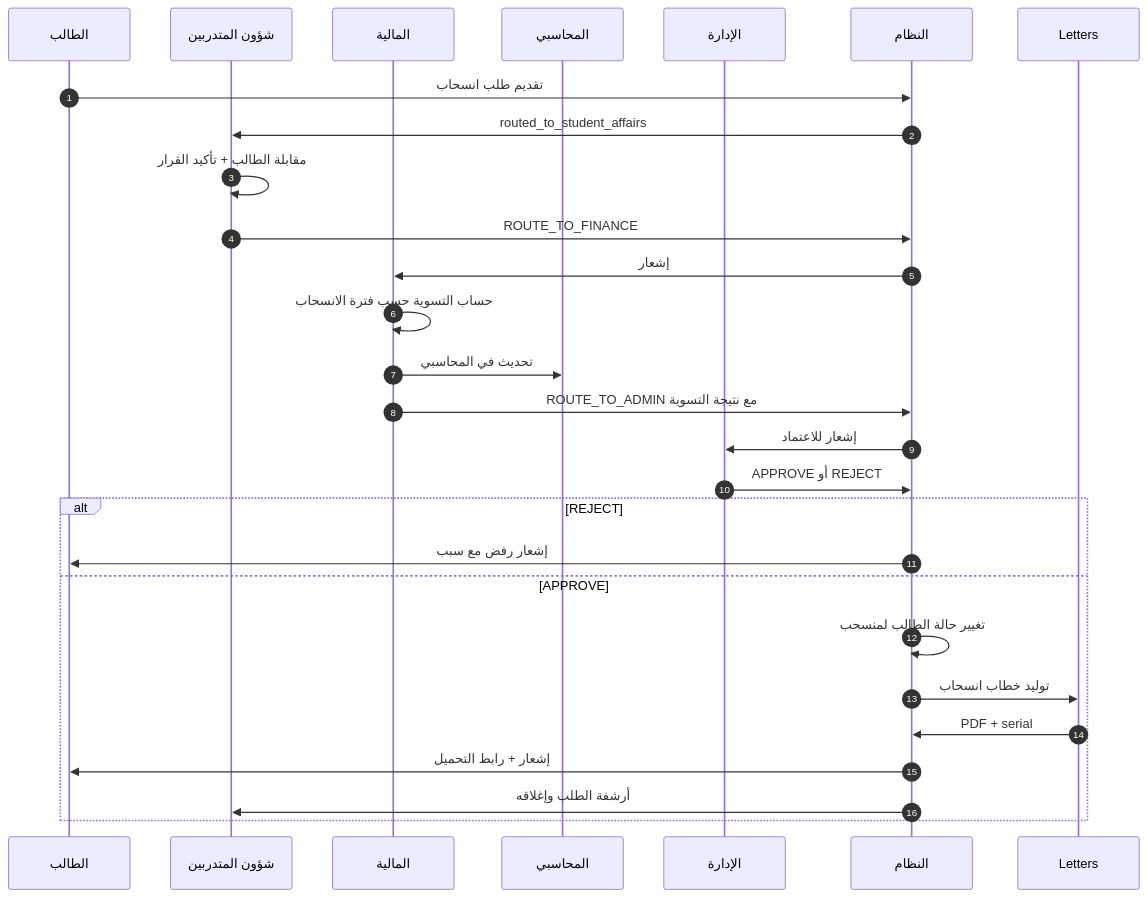
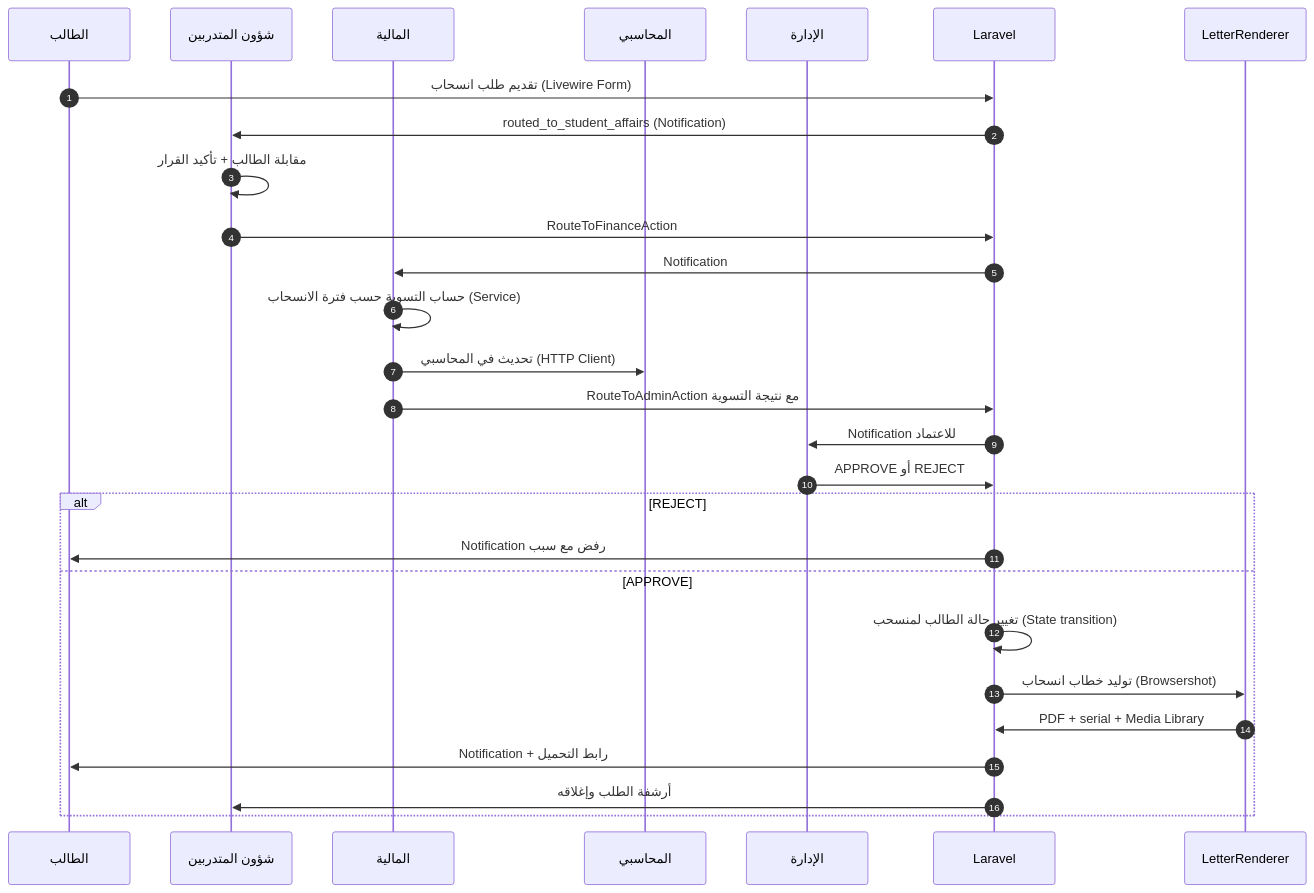
Diagram 14 of 18 in مسودات-الوكلاء/الجزء-02-الموديولات-والمنطق-التجاري.md (alharbib902-del/technical-handover), drawn with Mermaid before and after one commit. The commit also changed other lines of this file and 22 other files, not shown here.

````diff
--- a/مسودات-الوكلاء/الجزء-02-الموديولات-والمنطق-التجاري.md
+++ b/مسودات-الوكلاء/الجزء-02-الموديولات-والمنطق-التجاري.md
@@ -2780,31 +3494,31 @@
 ```mermaid
 sequenceDiagram
     autonumber
     participant STU as الطالب
     participant SA as شؤون المتدربين
     participant FIN as المالية
     participant ACC as المحاسبي
     participant ADM as الإدارة
-    participant SYS as النظام
-    participant LET as Letters
+    participant SYS as Laravel
+    participant LET as LetterRenderer
 
-    STU->>SYS: تقديم طلب انسحاب
-    SYS->>SA: routed_to_student_affairs
+    STU->>SYS: تقديم طلب انسحاب (Livewire Form)
+    SYS->>SA: routed_to_student_affairs (Notification)
     SA->>SA: مقابلة الطالب + تأكيد القرار
-    SA->>SYS: ROUTE_TO_FINANCE
-    SYS->>FIN: إشعار
-    FIN->>FIN: حساب التسوية حسب فترة الانسحاب
-    FIN->>ACC: تحديث في المحاسبي
-    FIN->>SYS: ROUTE_TO_ADMIN مع نتيجة التسوية
-    SYS->>ADM: إشعار للاعتماد
+    SA->>SYS: RouteToFinanceAction
+    SYS->>FIN: Notification
+    FIN->>FIN: حساب التسوية حسب فترة الانسحاب (Service)
+    FIN->>ACC: تحديث في المحاسبي (HTTP Client)
+    FIN->>SYS: RouteToAdminAction مع نتيجة التسوية
+    SYS->>ADM: Notification للاعتماد
     ADM->>SYS: APPROVE أو REJECT
     alt REJECT
-        SYS->>STU: إشعار رفض مع سبب
+        SYS->>STU: Notification رفض مع سبب
     else APPROVE
-        SYS->>SYS: تغيير حالة الطالب لمنسحب
-        SYS->>LET: توليد خطاب انسحاب
-        LET->>SYS: PDF + serial
-        SYS->>STU: إشعار + رابط التحميل
+        SYS->>SYS: تغيير حالة الطالب لمنسحب (State transition)
+        SYS->>LET: توليد خطاب انسحاب (Browsershot)
+        LET->>SYS: PDF + serial + Media Library
+        SYS->>STU: Notification + رابط التحميل
         SYS->>SA: أرشفة الطلب وإغلاقه
     end
 ```
````
